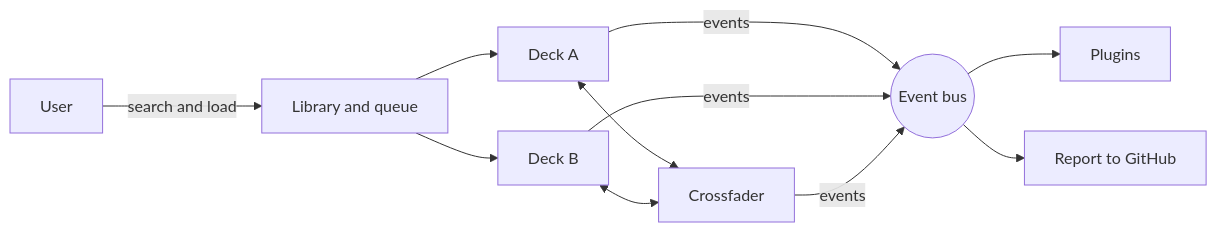
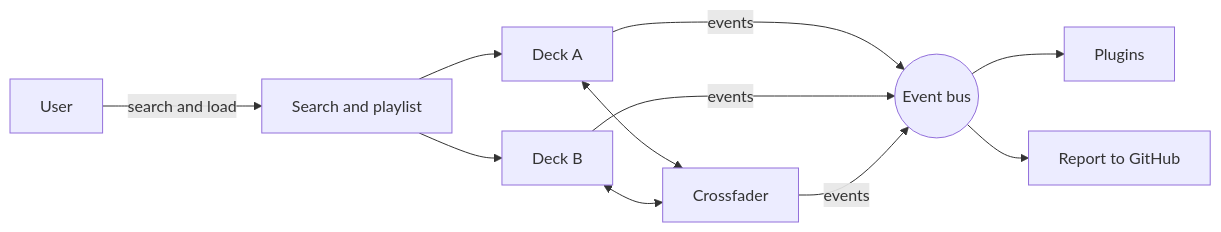
One commit to Csav20/DjClaudeBrave changed the diagram in README.en.md. Above: the diagram before and after it, drawn with Mermaid. The commit also changed other lines of this file and 5 other files, not shown here.

````diff
--- a/README.en.md
+++ b/README.en.md
@@ -156,11 +159,11 @@
 ```mermaid
 flowchart LR
-  U[User] -->|search and load| L[Library and queue]
+  U[User] -->|search and load| L[Search and playlist]
   L --> DA[Deck A]
   L --> DB[Deck B]
   DA <--> M[Crossfader]
   DB <--> M
   DA & DB & M -->|events| BUS((Event bus))
   BUS --> P[Plugins]
   BUS --> R[Report to GitHub]
 ```
````
